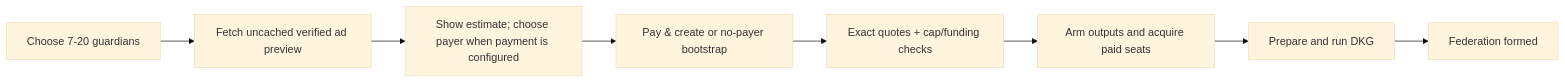
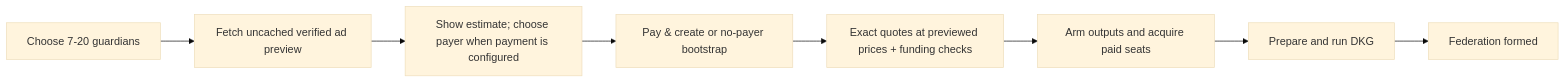
Before and after one commit to fedibtc/manifold: the second of 2 diagrams in docs/fedi-app/fedi-app.md, drawn with Mermaid (base theme). The commit also changed other lines of this file and 5 other files, not shown here.

First line of the commit message:
fa-cli: buy the previewed seats without a spending cap

````diff
--- a/docs/fedi-app/fedi-app.md
+++ b/docs/fedi-app/fedi-app.md
@@ -70,10 +70,10 @@
 ```mermaid
 flowchart LR
     A["Choose 7-20 guardians"] --> B["Fetch uncached verified ad preview"]
     B --> C["Show estimate; choose payer when payment is configured"]
     C --> D["Pay & create or no-payer bootstrap"]
-    D --> E["Exact quotes + cap/funding checks"]
+    D --> E["Exact quotes at previewed prices + funding checks"]
     E --> F["Arm outputs and acquire paid seats"]
     F --> G["Prepare and run DKG"]
     G --> H["Federation formed"]
 ```
````
